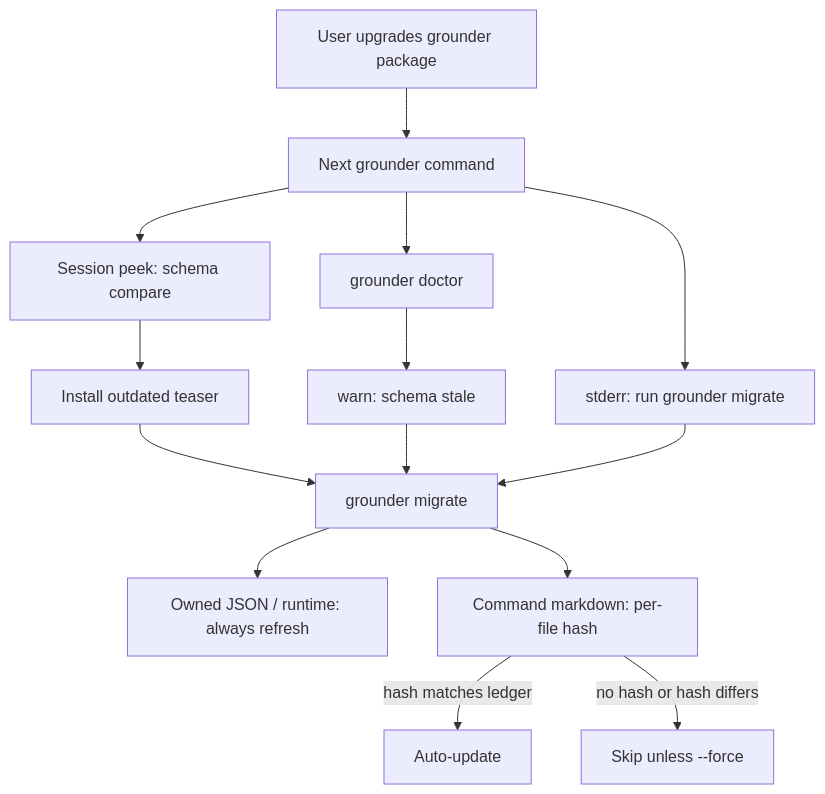
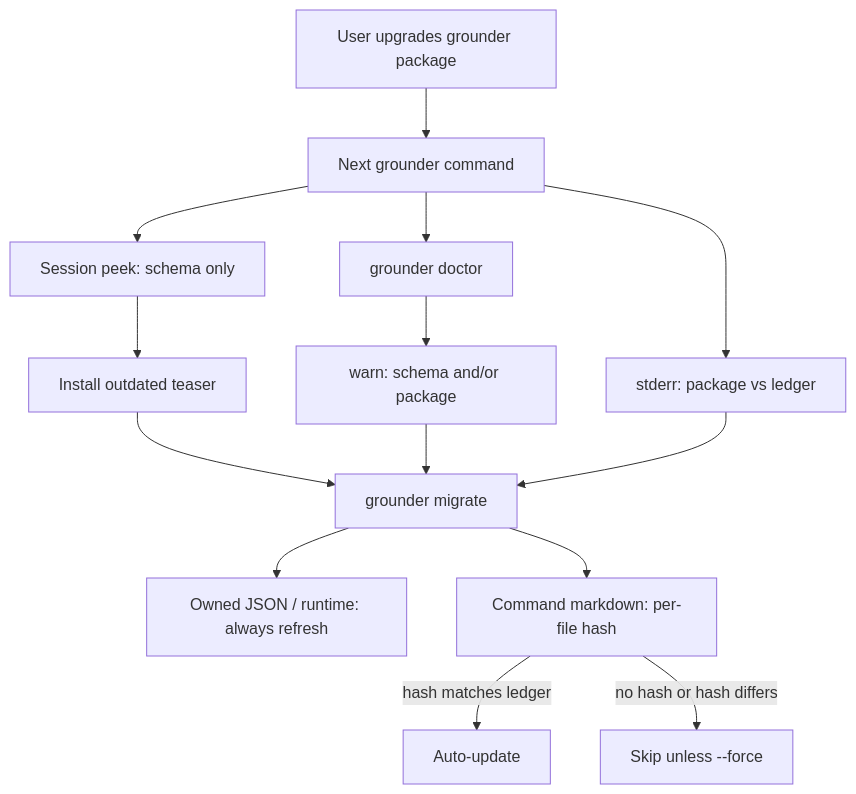
One commit to andrej-kolic/grounder changed the diagram in docs/architecture/schema-versioning.md. Above: the diagram before and after it, drawn with Mermaid. The commit also changed other lines of this file, not shown here.

Commit message:
docs: clarify schema versioning details and update migration logic

````diff
--- a/docs/architecture/schema-versioning.md
+++ b/docs/architecture/schema-versioning.md
@@ -116,16 +140,16 @@
 ```mermaid
 flowchart TD
   Upgrade["User upgrades grounder package"] --> NextRun["Next grounder command"]
-  NextRun --> Banner["stderr: run grounder migrate"]
-  NextRun --> Hook["Session peek: schema compare"]
+  NextRun --> Banner["stderr: package vs ledger"]
+  NextRun --> Hook["Session peek: schema only"]
   NextRun --> Doctor["grounder doctor"]
   Hook --> Teaser["Install outdated teaser"]
-  Doctor --> Warn["warn: schema stale"]
+  Doctor --> Warn["warn: schema and/or package"]
   Teaser --> Migrate["grounder migrate"]
   Warn --> Migrate
   Banner --> Migrate
   Migrate --> Owned["Owned JSON / runtime: always refresh"]
   Migrate --> Cmds["Command markdown: per-file hash"]
   Cmds -->|"hash matches ledger"| Auto["Auto-update"]
   Cmds -->|"no hash or hash differs"| Skip["Skip unless --force"]
 ```
````
